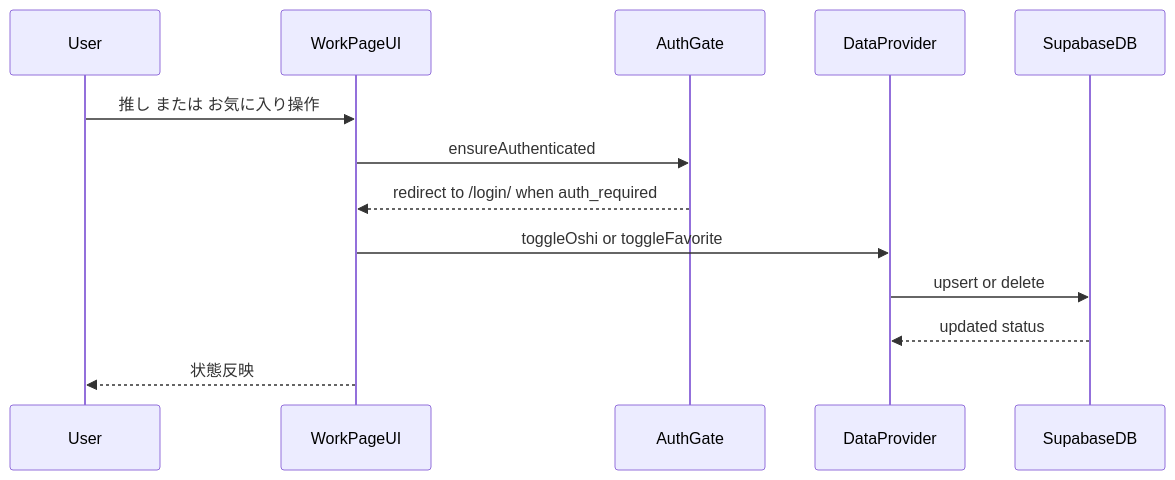
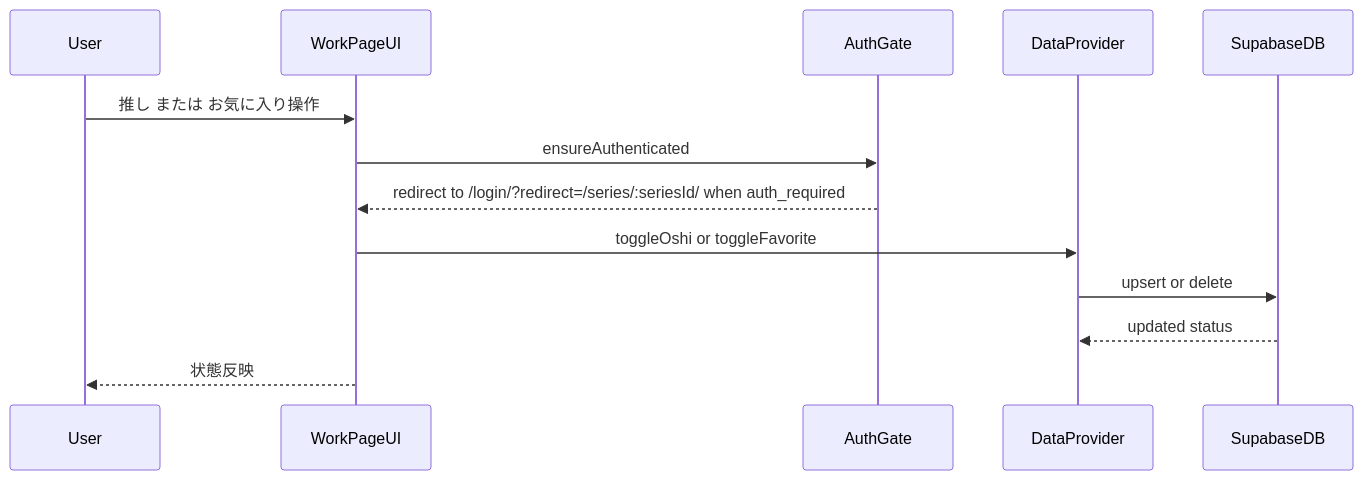
Before and after one commit to arinko39140/mangadouga: the third of 5 diagrams in .kiro/specs/work-page-playback-episode-list/design.md, drawn with Mermaid. The commit also changed other lines of this file, not shown here.

Commit message:
Update work page playback design

````diff
--- a/.kiro/specs/work-page-playback-episode-list/design.md
+++ b/.kiro/specs/work-page-playback-episode-list/design.md
@@ -77,15 +77,15 @@
 ```mermaid
 sequenceDiagram
     participant User
     participant WorkPageUI
     participant AuthGate
     participant DataProvider
     participant SupabaseDB
     User ->> WorkPageUI: 推し または お気に入り操作
     WorkPageUI ->> AuthGate: ensureAuthenticated
-    AuthGate -->> WorkPageUI: redirect to /login/ when auth_required
+    AuthGate -->> WorkPageUI: redirect to /login/?redirect=/series/:seriesId/ when auth_required
     WorkPageUI ->> DataProvider: toggleOshi or toggleFavorite
     DataProvider ->> SupabaseDB: upsert or delete
     SupabaseDB -->> DataProvider: updated status
     WorkPageUI -->> User: 状態反映
 ```
````
